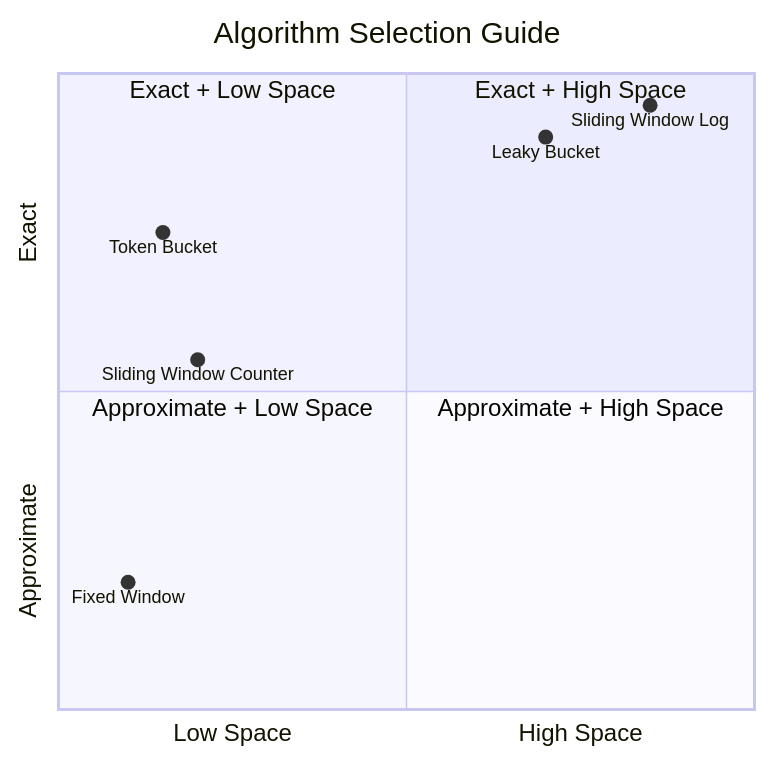
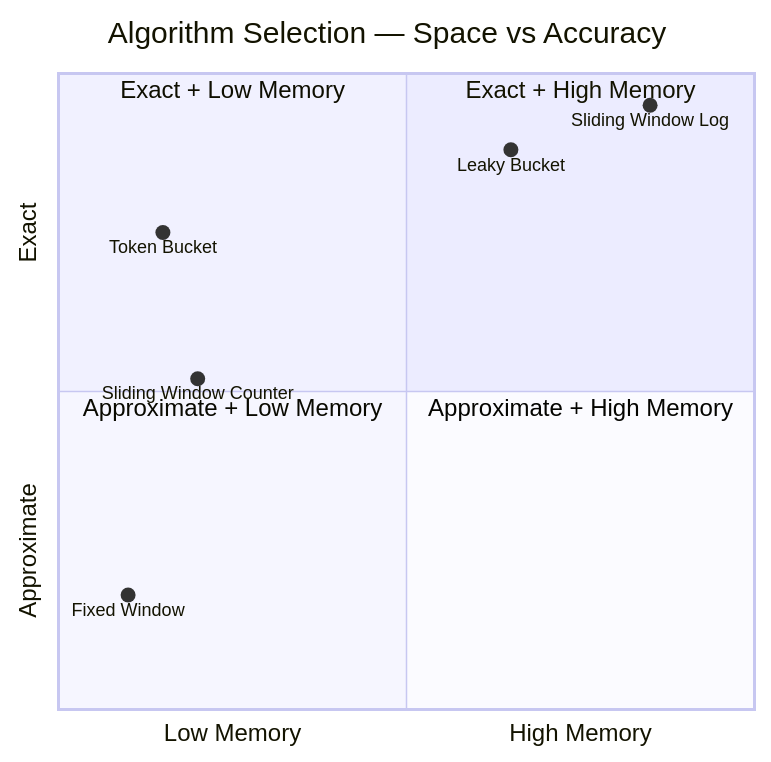
One commit to Manan-jn/rate-limiter changed the fifth of 11 diagrams in README.md. Above: the diagram before and after it, drawn with Mermaid. The commit also changed other lines of this file, not shown here.

Commit message:
Restructure README with Mermaid charts and performance benchmarks

````diff
--- a/README.md
+++ b/README.md
@@ -171,15 +173,15 @@
 ```mermaid
 quadrantChart
-    title Algorithm Selection Guide
-    x-axis "Low Space" --> "High Space"
+    title Algorithm Selection — Space vs Accuracy
+    x-axis "Low Memory" --> "High Memory"
     y-axis "Approximate" --> "Exact"
-    quadrant-1 Exact + High Space
-    quadrant-2 Exact + Low Space
-    quadrant-3 Approximate + Low Space
-    quadrant-4 Approximate + High Space
+    quadrant-1 Exact + High Memory
+    quadrant-2 Exact + Low Memory
+    quadrant-3 Approximate + Low Memory
+    quadrant-4 Approximate + High Memory
     Sliding Window Log: [0.85, 0.95]
-    Leaky Bucket: [0.7, 0.9]
+    Leaky Bucket: [0.65, 0.88]
     Token Bucket: [0.15, 0.75]
-    Sliding Window Counter: [0.2, 0.55]
-    Fixed Window: [0.1, 0.2]
+    Sliding Window Counter: [0.2, 0.52]
+    Fixed Window: [0.1, 0.18]
 ```
````
